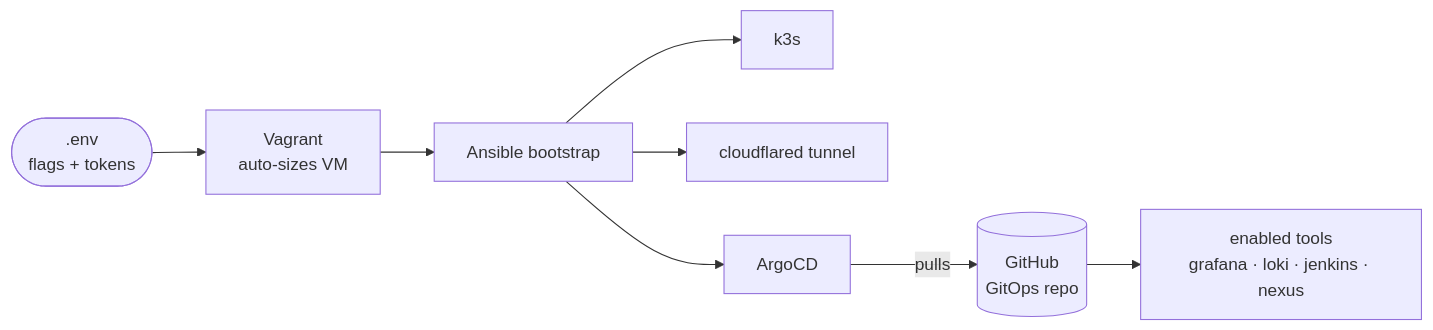
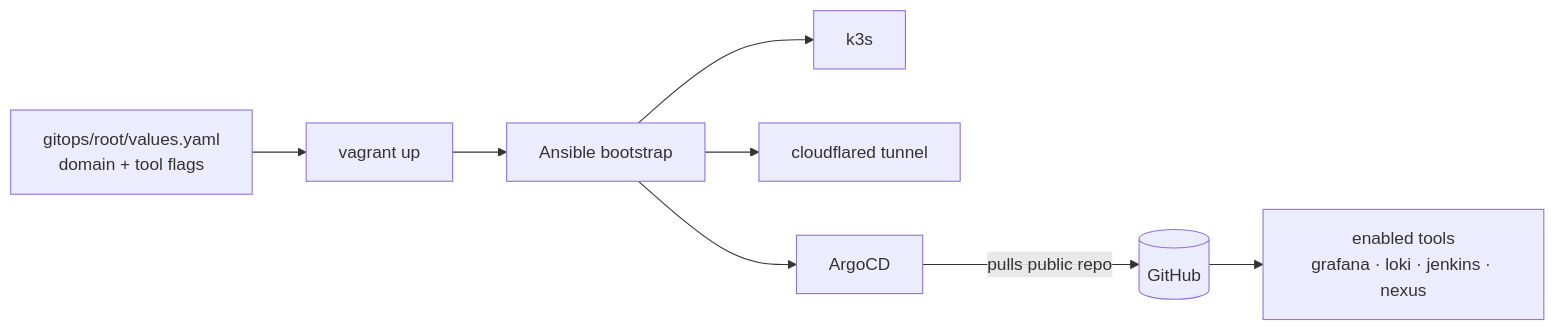
Before and after one commit to Xeze-org/k3s-devops-lab: the first of 3 diagrams in README.md, drawn with Mermaid. The commit also changed other lines of this file and 16 other files, not shown here.

````diff
--- a/README.md
+++ b/README.md
@@ -7,10 +7,10 @@
 ```mermaid
 flowchart LR
-  env([.env<br/>flags + tokens]) --> vg[Vagrant<br/>auto-sizes VM]
+  v[gitops/root/values.yaml<br/>domain + tool flags] --> vg[vagrant up]
   vg --> an[Ansible bootstrap]
   an --> k3s[k3s]
   an --> cf[cloudflared tunnel]
   an --> ar[ArgoCD]
-  ar -->|pulls| gh[(GitHub<br/>GitOps repo)]
+  ar -->|pulls public repo| gh[(GitHub)]
   gh --> tools[enabled tools<br/>grafana · loki · jenkins · nexus]
 ```
````
